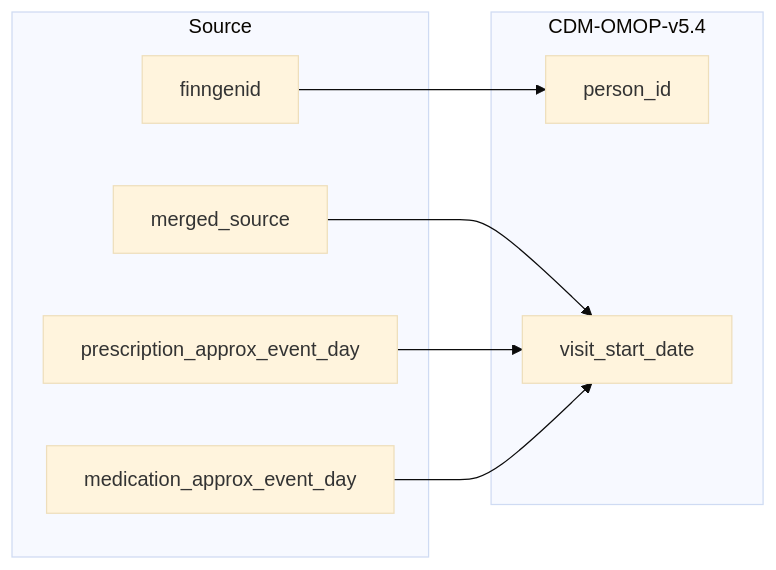
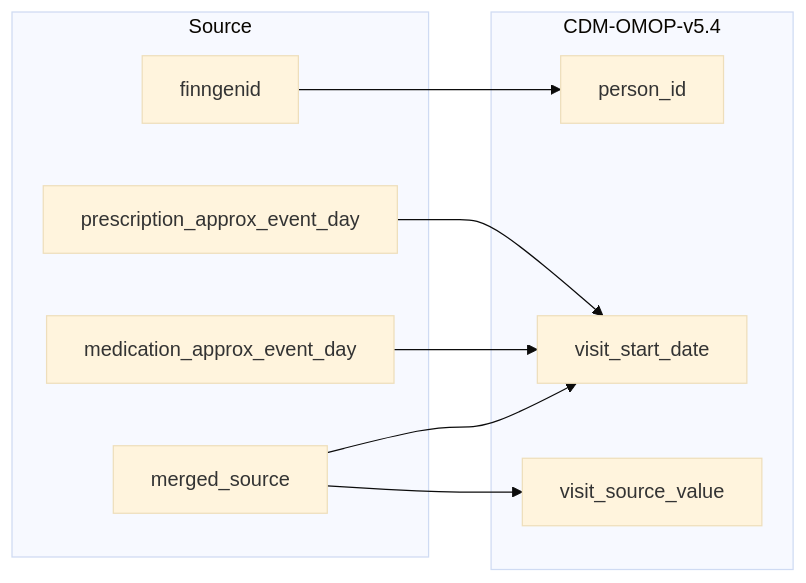
Before and after one commit to FINNGEN/ETL: the diagram in 2_etl_specifications/documentation/drug_events_to_visit_occurrence.md, drawn with Mermaid. The commit also changed other lines of this file and 19 other files, not shown here.

````diff
--- a/2_etl_specifications/documentation/drug_events_to_visit_occurrence.md
+++ b/2_etl_specifications/documentation/drug_events_to_visit_occurrence.md
@@ -10,21 +10,23 @@
 ```mermaid
 %%{init: {'theme': 'base' } }%%
 %%{init: {'theme': 'base' } }%%
 flowchart LR
     subgraph Source
         finngenid
         prescription_approx_event_day
         medication_approx_event_day
         merged_source
     end
 
     subgraph CDM-OMOP-v5.4
         person_id
         visit_start_date
+        visit_source_value
     end
 
     finngenid-->person_id
     merged_source-->visit_start_date
     prescription_approx_event_day-->visit_start_date
     medication_approx_event_day-->visit_start_date
+    merged_source-->visit_source_value
 ```
````
